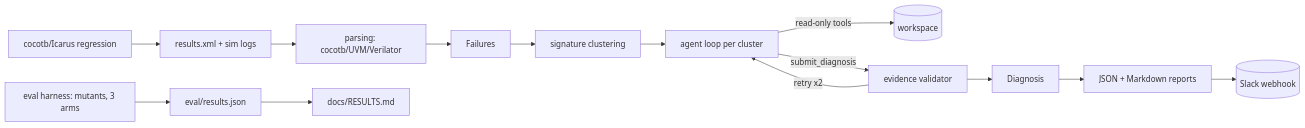
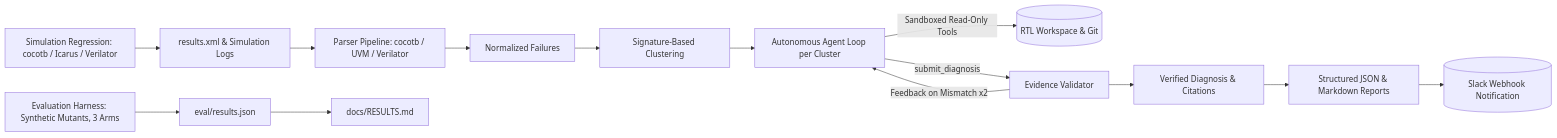
The diagram in README.md (tanmayjoddar/RegTriage), drawn with Mermaid before and after one commit. The commit also changed other lines of this file and 1 other file, not shown here.

````diff
--- a/README.md
+++ b/README.md
@@ -5,16 +9,16 @@
 ```mermaid
 flowchart LR
-    SIM[cocotb/Icarus regression] --> XML[results.xml + sim logs]
-    XML --> PARSE[parsing: cocotb/UVM/Verilator]
-    PARSE --> FAIL[Failures]
-    FAIL --> CLUST[signature clustering]
-    CLUST --> AGENT[agent loop per cluster]
-    AGENT -->|read-only tools| WS[(workspace)]
-    AGENT -->|submit_diagnosis| VAL[evidence validator]
-    VAL -->|retry x2| AGENT
-    VAL --> DIAG[Diagnosis]
-    DIAG --> REP[JSON + Markdown reports]
-    REP --> SLACK[(Slack webhook)]
-    EVAL[eval harness: mutants, 3 arms] --> RES[eval/results.json]
+    SIM[Simulation Regression: cocotb / Icarus / Verilator] --> XML[results.xml & Simulation Logs]
+    XML --> PARSE[Parser Pipeline: cocotb / UVM / Verilator]
+    PARSE --> FAIL[Normalized Failures]
+    FAIL --> CLUST[Signature-Based Clustering]
+    CLUST --> AGENT[Autonomous Agent Loop per Cluster]
+    AGENT -->|Sandboxed Read-Only Tools| WS[(RTL Workspace & Git)]
+    AGENT -->|submit_diagnosis| VAL[Evidence Validator]
+    VAL -->|Feedback on Mismatch x2| AGENT
+    VAL --> DIAG[Verified Diagnosis & Citations]
+    DIAG --> REP[Structured JSON & Markdown Reports]
+    REP --> SLACK[(Slack Webhook Notification)]
+    EVAL[Evaluation Harness: Synthetic Mutants, 3 Arms] --> RES[eval/results.json]
     RES --> RESTAB[docs/RESULTS.md]
 ```
````
